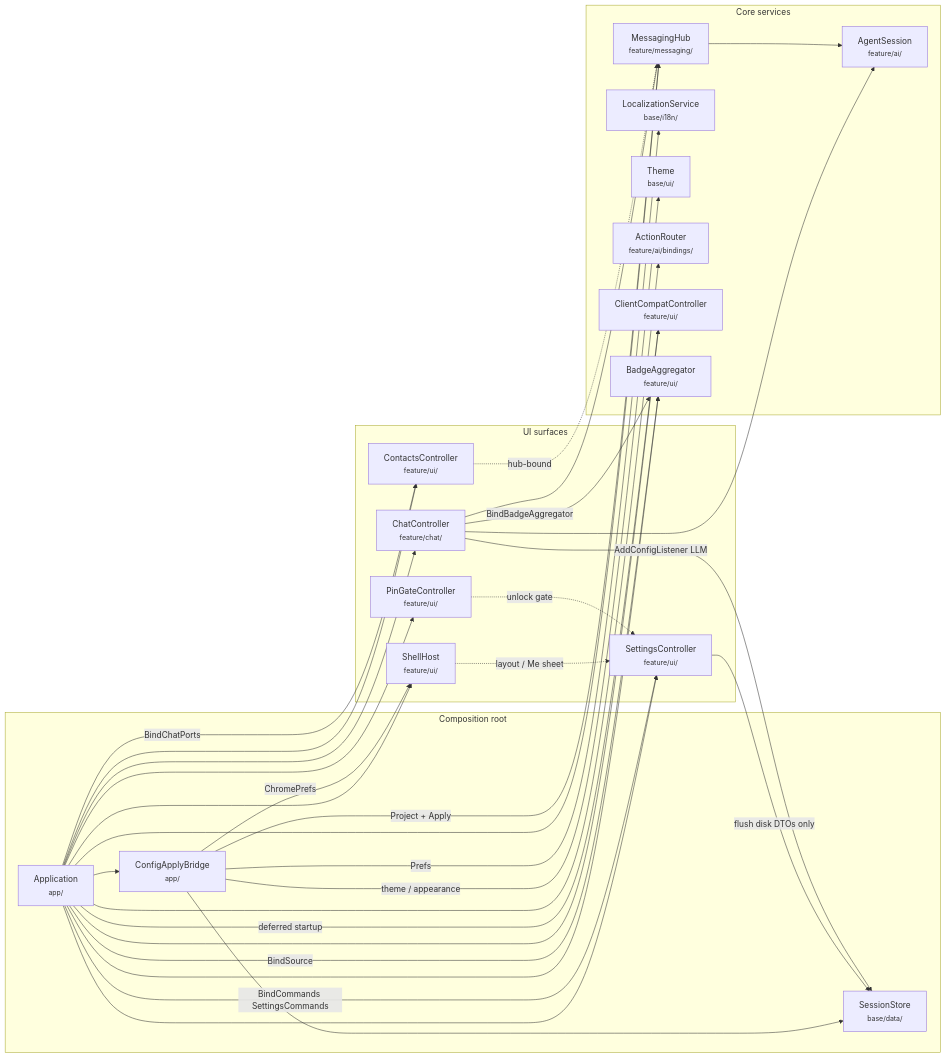
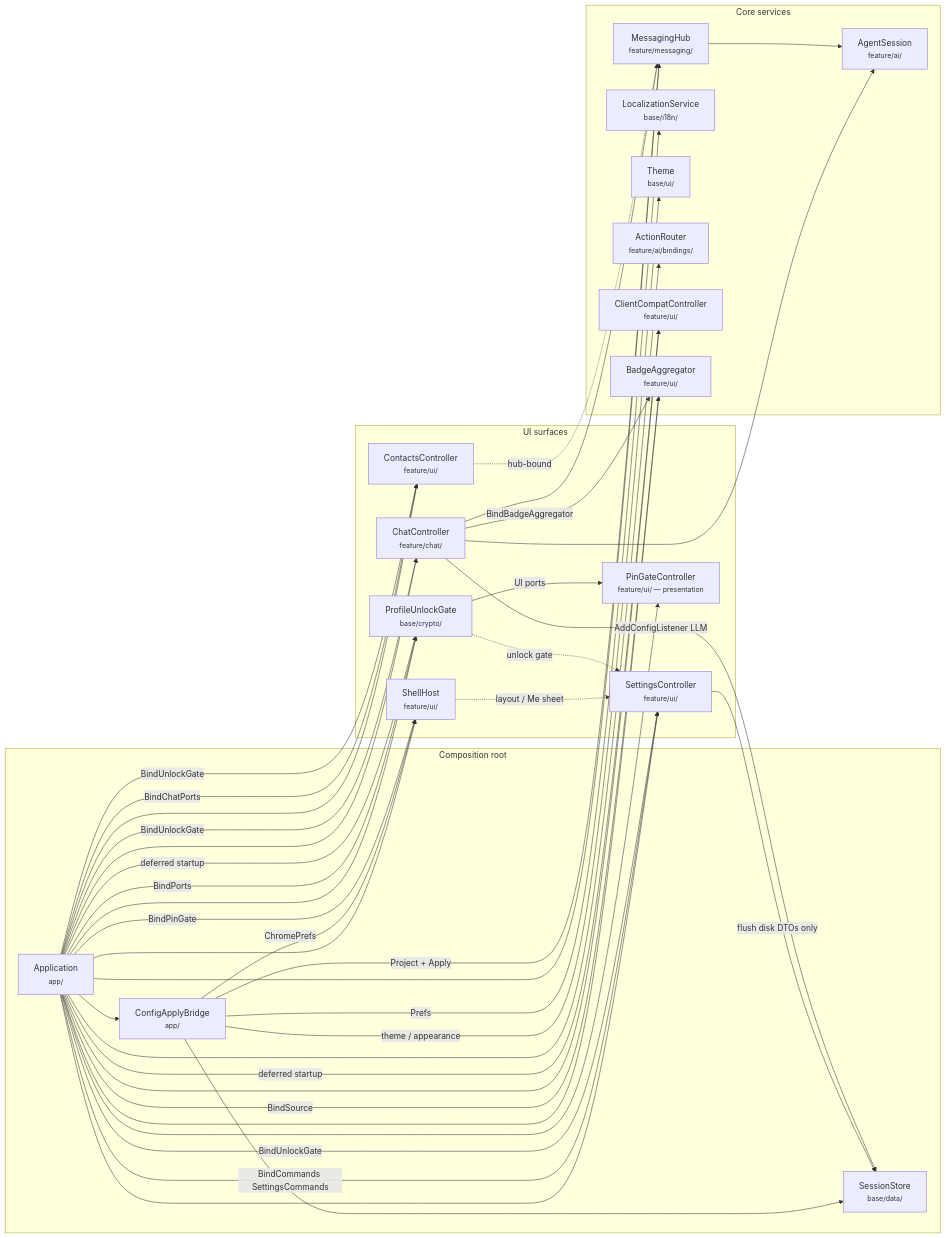
Before and after one commit to people-post/pp-browser: the second of 4 diagrams in docs/architecture/RUNTIME_COMPOSITION.md, drawn with Mermaid. The commit also changed other lines of this file and 22 other files, not shown here.

````diff
--- a/docs/architecture/RUNTIME_COMPOSITION.md
+++ b/docs/architecture/RUNTIME_COMPOSITION.md
@@ -79,58 +79,67 @@
 ```mermaid
 flowchart LR
   subgraph composition["Composition root"]
     App["Application<br/><small>app/</small>"]
     Bridge["ConfigApplyBridge<br/><small>app/</small>"]
     Store["SessionStore<br/><small>base/data/</small>"]
   end
 
   subgraph surfaces["UI surfaces"]
     Shell["ShellHost<br/><small>feature/ui/</small>"]
     Settings["SettingsController<br/><small>feature/ui/</small>"]
     Chat["ChatController<br/><small>feature/chat/</small>"]
     Contacts["ContactsController<br/><small>feature/ui/</small>"]
-    Pin["PinGateController<br/><small>feature/ui/</small>"]
+    Pin["PinGateController<br/><small>feature/ui/ — presentation</small>"]
+    UnlockGate["ProfileUnlockGate<br/><small>base/crypto/</small>"]
   end
 
   subgraph services["Core services"]
     Hub["MessagingHub<br/><small>feature/messaging/</small>"]
     Agent["AgentSession<br/><small>feature/ai/</small>"]
     Locale["LocalizationService<br/><small>base/i18n/</small>"]
     ThemeNode["Theme<br/><small>base/ui/</small>"]
     ActionRouter["ActionRouter<br/><small>feature/ai/bindings/</small>"]
     ClientCompat["ClientCompatController<br/><small>feature/ui/</small>"]
     Badges["BadgeAggregator<br/><small>feature/ui/</small>"]
   end
 
   App --> Bridge
   App --> Hub
   App --> Shell
   App --> Chat
   App --> Settings
   App --> Contacts
+  App --> UnlockGate
   App --> Pin
   App --> ActionRouter
   App --> ClientCompat
   App --> Badges
 
   Bridge --> Store
   Bridge -->|Project + Apply| Hub
   Bridge -->|ChromePrefs| Shell
   Bridge -->|Prefs| Locale
   Bridge -->|theme / appearance| ThemeNode
 
   Settings -->|flush disk DTOs only| Store
   Chat -->|AddConfigListener LLM| Store
   Chat --> Hub
   Chat --> Agent
   Chat -->|BindBadgeAggregator| Badges
   Hub --> Agent
   App -->|BindSource| Badges
+  App -->|BindPorts| UnlockGate
+  UnlockGate -->|UI ports| Pin
 
   Shell -.->|layout / Me sheet| Settings
   App -->|BindCommands SettingsCommands| Settings
   App -->|BindChatPorts| Contacts
+  App -->|BindPinGate| Shell
+  App -->|BindUnlockGate| Chat
+  App -->|BindUnlockGate| Settings
+  App -->|BindUnlockGate| Contacts
   App -->|deferred startup| ClientCompat
-  Pin -.->|unlock gate| Settings
+  App -->|deferred startup| UnlockGate
+  UnlockGate -.->|unlock gate| Settings
   Contacts -.->|hub-bound| Hub
 ```
````
